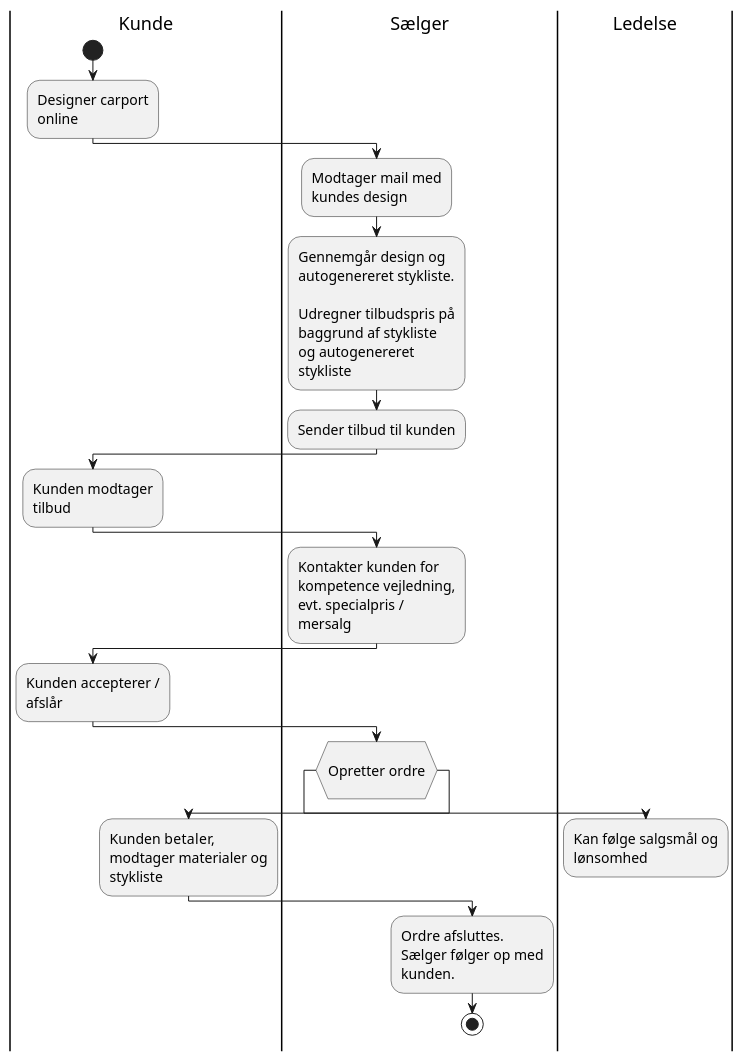
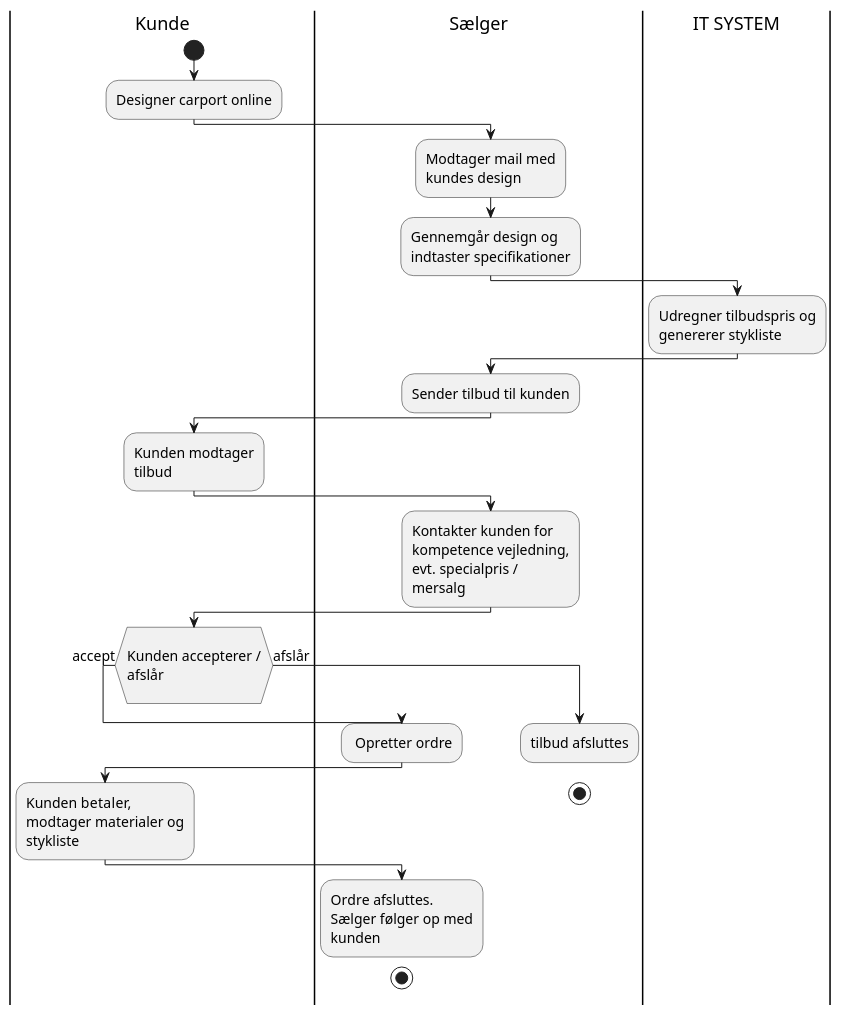
The first of 2 diagrams in src/main/Diagrammer/FogAktivitetsDiagram.puml (kalhauge/Fog), drawn with PlantUML before and after one commit. The commit also changed other lines of this file and 3 other files, not shown here.

```diff
--- a/src/main/Diagrammer/FogAktivitetsDiagram.puml
+++ b/src/main/Diagrammer/FogAktivitetsDiagram.puml
@@ -3,39 +3,39 @@
 @startuml
 skinparam activityFontSize 14
 skinparam wrapWidth 160
 |Kunde|
 start
-:Designer carport
-online;
+:Designer carport online;
 |Sælger|
 :Modtager mail med kundes design;
-:Gennemgår design og autogenereret stykliste.
+:Gennemgår design og indtaster specifikationer;
 
-Udregner tilbudspris på baggrund af stykliste
-og autogenereret stykliste;
+|IT SYSTEM|
+:Udregner tilbudspris og genererer stykliste;
+|Sælger|
 :Sender tilbud til kunden;
 |Kunde|
 :Kunden modtager tilbud;
 |Sælger|
 :Kontakter kunden for kompetence vejledning,
 evt. specialpris / mersalg;
 |Kunde|
-:Kunden accepterer / afslår;
+if (
+<size:14>Kunden accepterer / afslår
+)  then (<size:14>accept)
 |Sælger|
-
-if (
-<size:14>Opretter ordre
-)
-|Ledelse|
-:Kan følge salgsmål og lønsomhed;
-detach
-else
+: Opretter ordre;
 |Kunde|
 :Kunden betaler, modtager materialer og stykliste;
 |Sælger|
 :Ordre afsluttes.
-Sælger følger op med kunden.;
+Sælger følger op med kunden;
+detach
+stop
+else (<size:14>afslår)
+|Sælger|
+:tilbud afsluttes;
+detach
 stop
 
-
 @enduml
```
